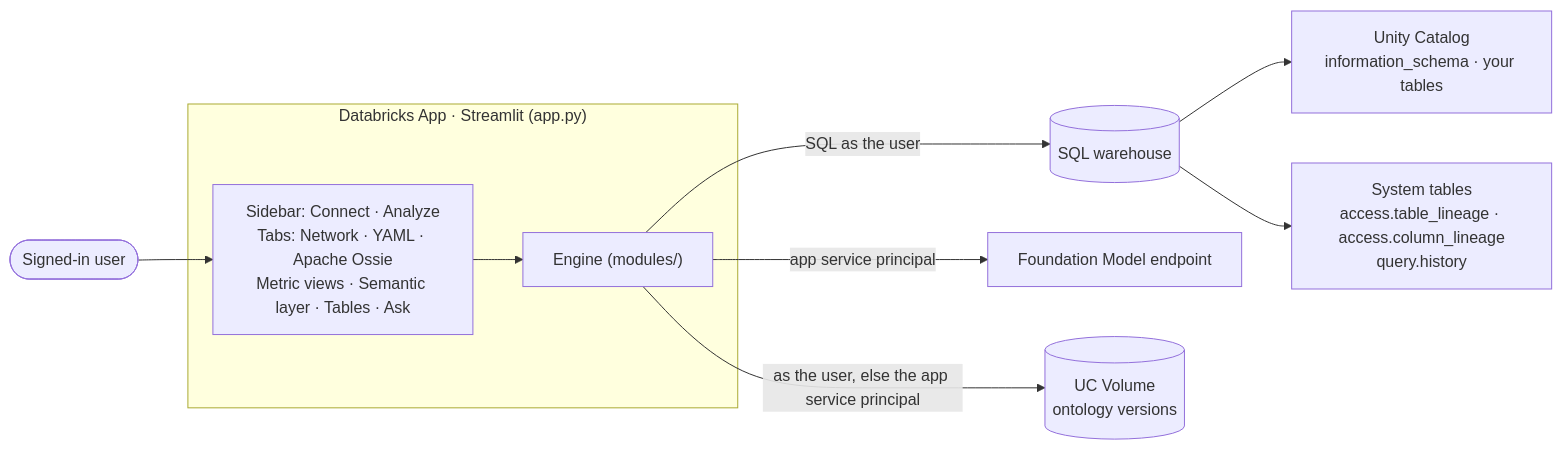
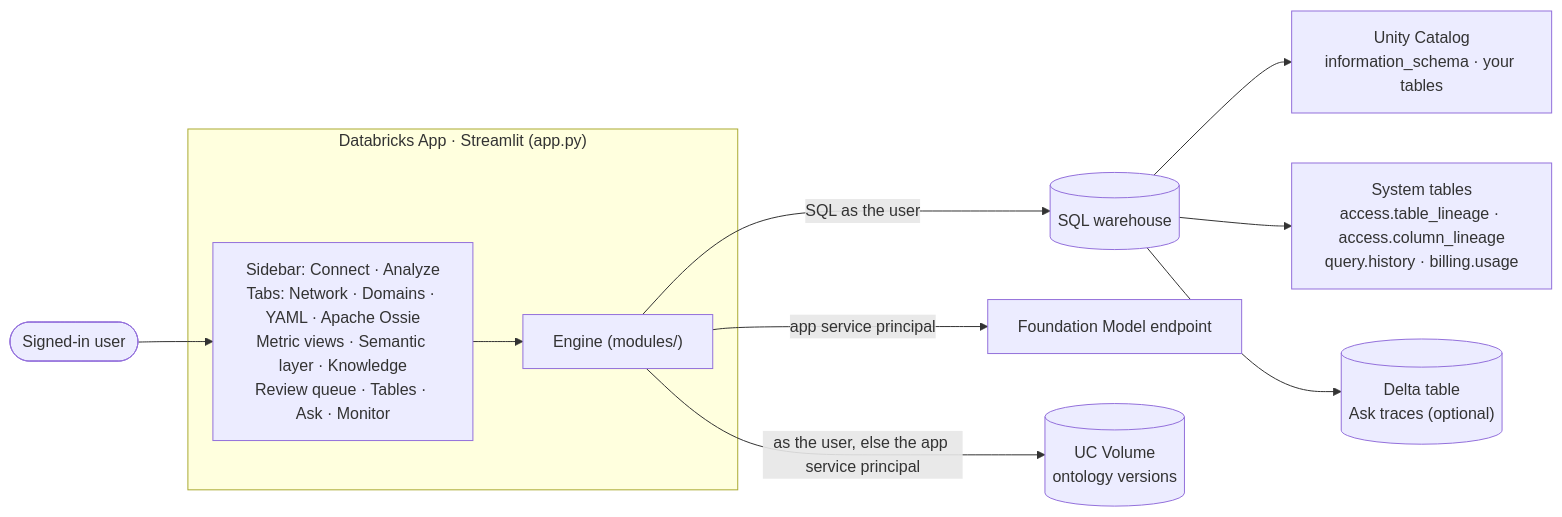
One commit to DevDataAnalyst/OntologyStudio changed the diagram in README.md. Above: the diagram before and after it, drawn with Mermaid. The commit also changed other lines of this file and 13 other files, not shown here.

First line of the commit message:
Govern and learn: domains, certification, pages, learned snippets, review queue, traces and cost

````diff
--- a/README.md
+++ b/README.md
@@ -258,15 +314,16 @@
 ```mermaid
 flowchart LR
     U(["Signed-in user"])
     subgraph APP["Databricks App · Streamlit (app.py)"]
-        UI["Sidebar: Connect · Analyze<br/>Tabs: Network · YAML · Apache Ossie<br/>Metric views · Semantic layer · Tables · Ask"]
+        UI["Sidebar: Connect · Analyze<br/>Tabs: Network · Domains · YAML · Apache Ossie<br/>Metric views · Semantic layer · Knowledge<br/>Review queue · Tables · Ask · Monitor"]
         ENG["Engine (modules/)"]
         UI --> ENG
     end
     U --> UI
     ENG -- "SQL as the user" --> WH[("SQL warehouse")]
     WH --> UCT["Unity Catalog<br/>information_schema · your tables"]
-    WH --> SYS["System tables<br/>access.table_lineage · access.column_lineage<br/>query.history"]
+    WH --> SYS["System tables<br/>access.table_lineage · access.column_lineage<br/>query.history · billing.usage"]
+    WH --> TEL[("Delta table<br/>Ask traces (optional)")]
     ENG -- "app service principal" --> FM["Foundation Model endpoint"]
     ENG -- "as the user, else the app service principal" --> VOL[("UC Volume<br/>ontology versions")]
 ```
````
